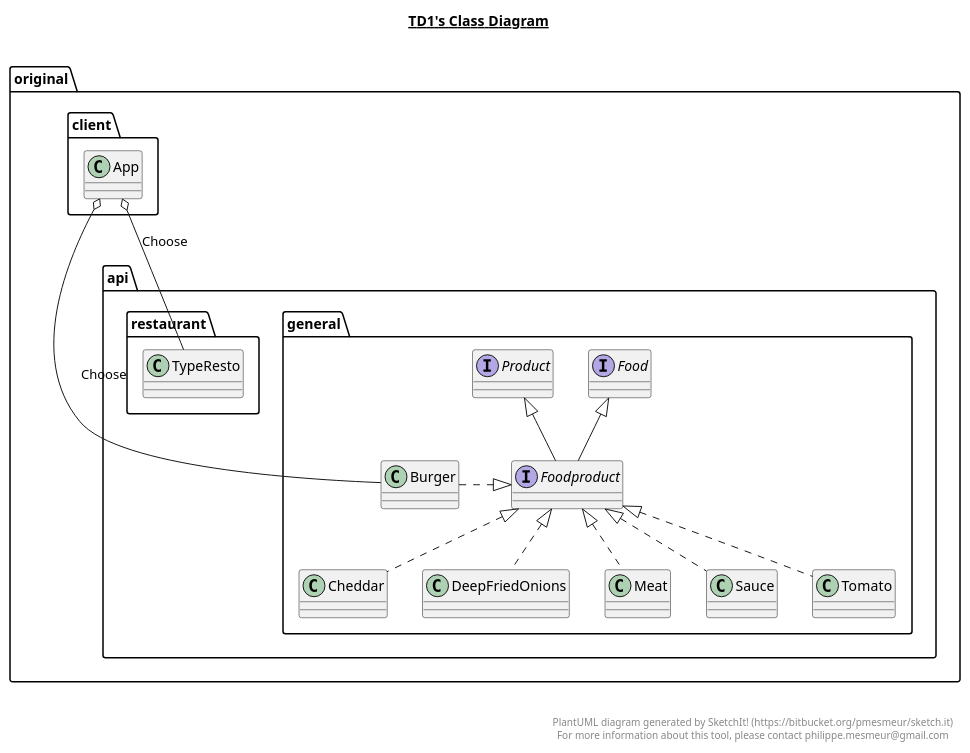
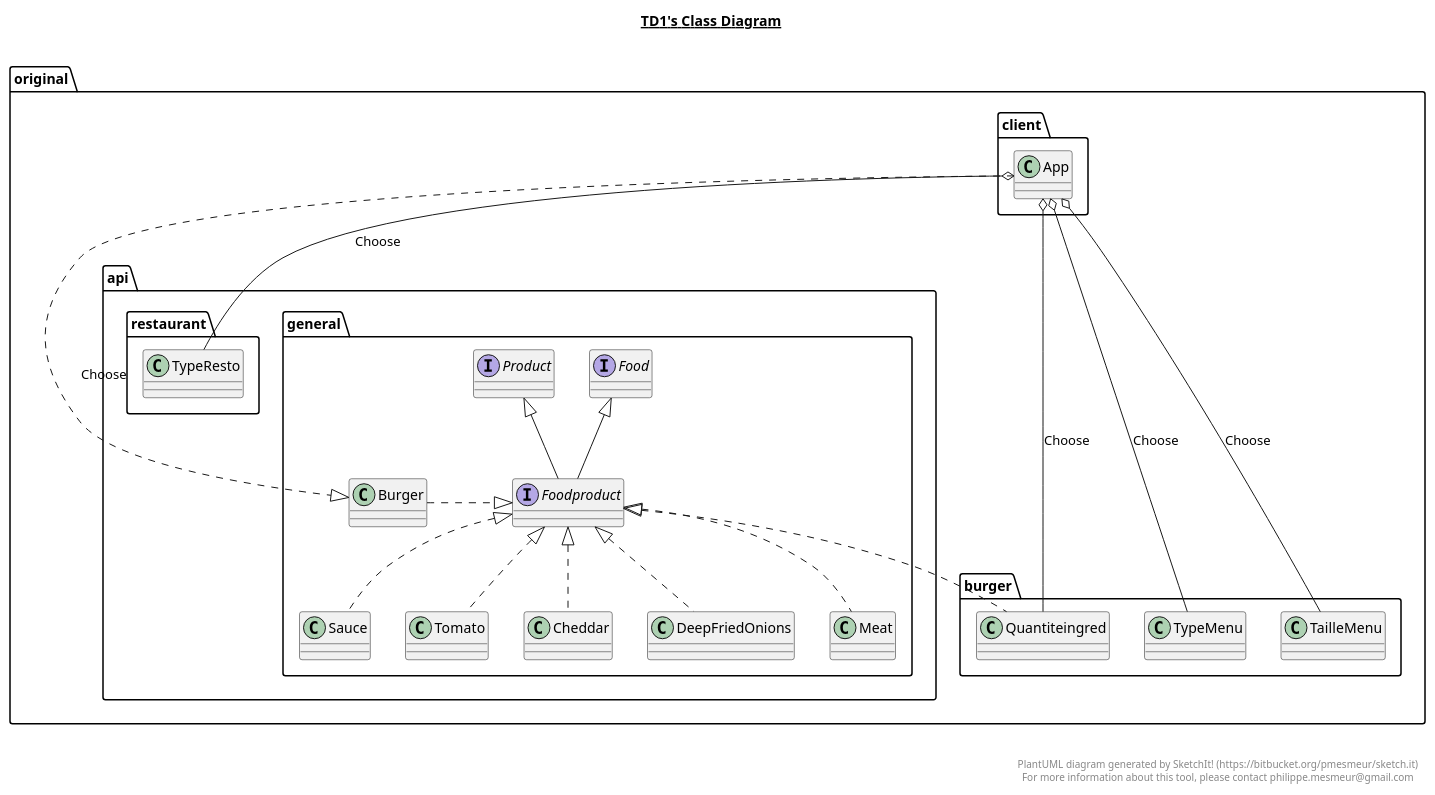
The diagram in docs/td1.plantuml (mehdisellami/designp), drawn with PlantUML before and after one commit. The commit also changed 5 other files, not shown here.

```diff
--- a/docs/td1.plantuml
+++ b/docs/td1.plantuml
@@ -1,84 +1,89 @@
 @startuml
 
 title __TD1's Class Diagram__\n
 
   namespace original.api.general {
     class original.api.general.Burger {
     }
   }
   
 
   namespace original.api.general {
     class original.api.general.Cheddar {
     }
   }
   
 
   namespace original.api.general {
     class original.api.general.DeepFriedOnions {
     }
   }
   
 
   namespace original.api.general {
     interface original.api.general.Food{
     }
   }
   
 
   namespace original.api.general {
     interface original.api.general.Foodproduct extends Food,Product  {
     }
   }
   
 
   namespace original.api.general {
     class original.api.general.Meat {
     }
   }
   
 
   namespace original.api.general {
     interface original.api.general.Product {
     }
   }
   
 
   namespace original.api.general {
     class original.api.general.Sauce {
     }
   }
   
 
   namespace original.api.general {
     class original.api.general.Tomato {
     }
   }
   
 
   namespace original.client {
     class original.client.App {
     }
   }
   
 
   original.api.general.Burger .right.|> original.api.general.Foodproduct
   original.api.general.Cheddar .up.|> original.api.general.Foodproduct
   original.api.general.DeepFriedOnions .up.|> original.api.general.Foodproduct
   original.api.general.Meat .up.|> original.api.general.Foodproduct
   original.api.general.Meat o-- original.api.general.Meat.MeatType : type
   original.api.general.Sauce .up.|> original.api.general.Foodproduct
   original.api.general.Sauce o-- original.api.general.Sauce.SauceType : type
   original.api.general.Tomato .up.|> original.api.general.Foodproduct
-  original.client.App o-- original.api.general.Burger : Choose
+  original.client.App .down.|> original.api.general.Burger : Choose
   original.client.App o-- original.api.restaurant.TypeResto : Choose
+
+  original.client.App o-- original.burger.TypeMenu : Choose
+  original.client.App o-- original.burger.TailleMenu : Choose
+   original.client.App o-- original.burger.Quantiteingred : Choose
+  original.burger.Quantiteingred .up.|> original.api.general.Foodproduct
 
 
 right footer
 
 
 PlantUML diagram generated by SketchIt! (https://bitbucket.org/pmesmeur/sketch.it)
 For more information about this tool, please contact philippe.mesmeur@gmail.com
 endfooter
 
 @enduml
```
